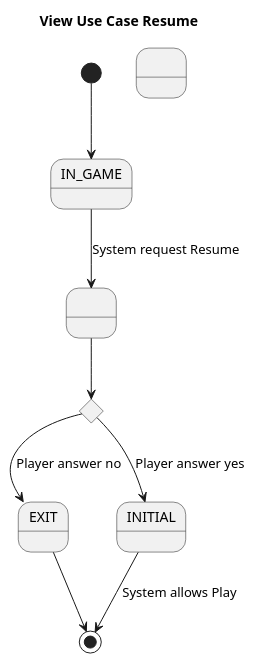
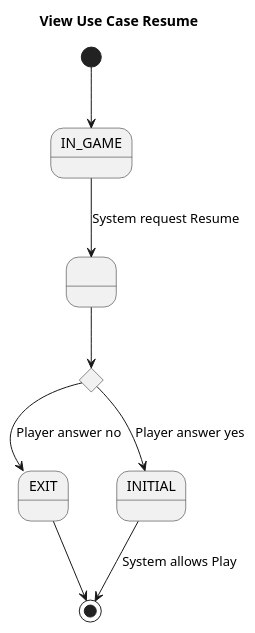
The diagram in src/Mastermind/DomainModel/Docs/ViewUseCaseResume.plantuml (franpaulinoinfante/MasterSoftwareDevelopment), drawn with PlantUML before and after one commit. The commit also changed 2 other files, not shown here.

```diff
--- a/src/Mastermind/DomainModel/Docs/ViewUseCaseResume.plantuml
+++ b/src/Mastermind/DomainModel/Docs/ViewUseCaseResume.plantuml
@@ -1,17 +1,16 @@
 @startuml ViewUseCasesResume
 title View Use Case Resume
 state IN_GAME
 state A as " "
-state B as " "
 state EXIT
 state INITIAL 
 state is_resume <<choice>>
 
 [*] --> IN_GAME
 IN_GAME --> A : System request Resume
 A --> is_resume 
     is_resume --> EXIT : Player answer no
     EXIT --> [*]
 is_resume --> INITIAL : Player answer yes
 INITIAL --> [*] : System allows Play
 @enduml
```
